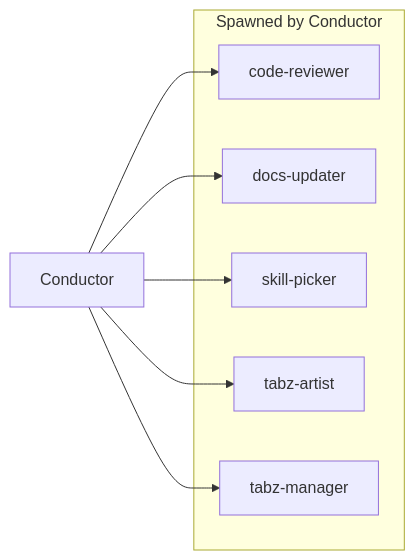
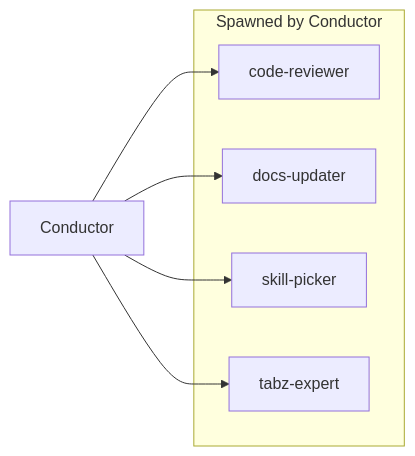
Before and after one commit to GGPrompts/TabzBeads: the sixth of 6 diagrams in plugins/conductor/ARCHITECTURE.md, drawn with Mermaid. The commit also changed other lines of this file and 11 other files, not shown here.

First line of the commit message:
refactor(conductor): consolidate tabz-expert to user-scope plugin

````diff
--- a/plugins/conductor/ARCHITECTURE.md
+++ b/plugins/conductor/ARCHITECTURE.md
@@ -199,18 +199,15 @@
 ```mermaid
 flowchart LR
     subgraph "Spawned by Conductor"
         AG1["code-reviewer"]
         AG2["docs-updater"]
         AG3["skill-picker"]
-        AG4["tabz-artist"]
-        AG5["tabz-manager"]
+        AG4["tabz-expert"]
     end
 
-    conductor["Conductor"] --> AG1 & AG2 & AG3 & AG4 & AG5
+    conductor["Conductor"] --> AG1 & AG2 & AG3 & AG4
 
     click AG1 "agents/code-reviewer.md"
     click AG2 "agents/docs-updater.md"
     click AG3 "agents/skill-picker.md"
-    click AG4 "agents/tabz-artist.md"
-    click AG5 "agents/tabz-manager.md"
 ```
````
